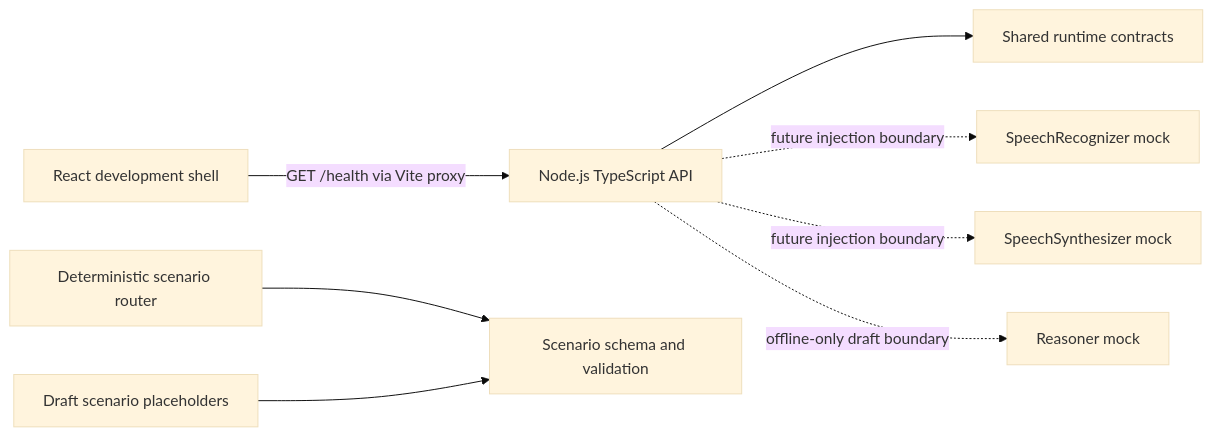
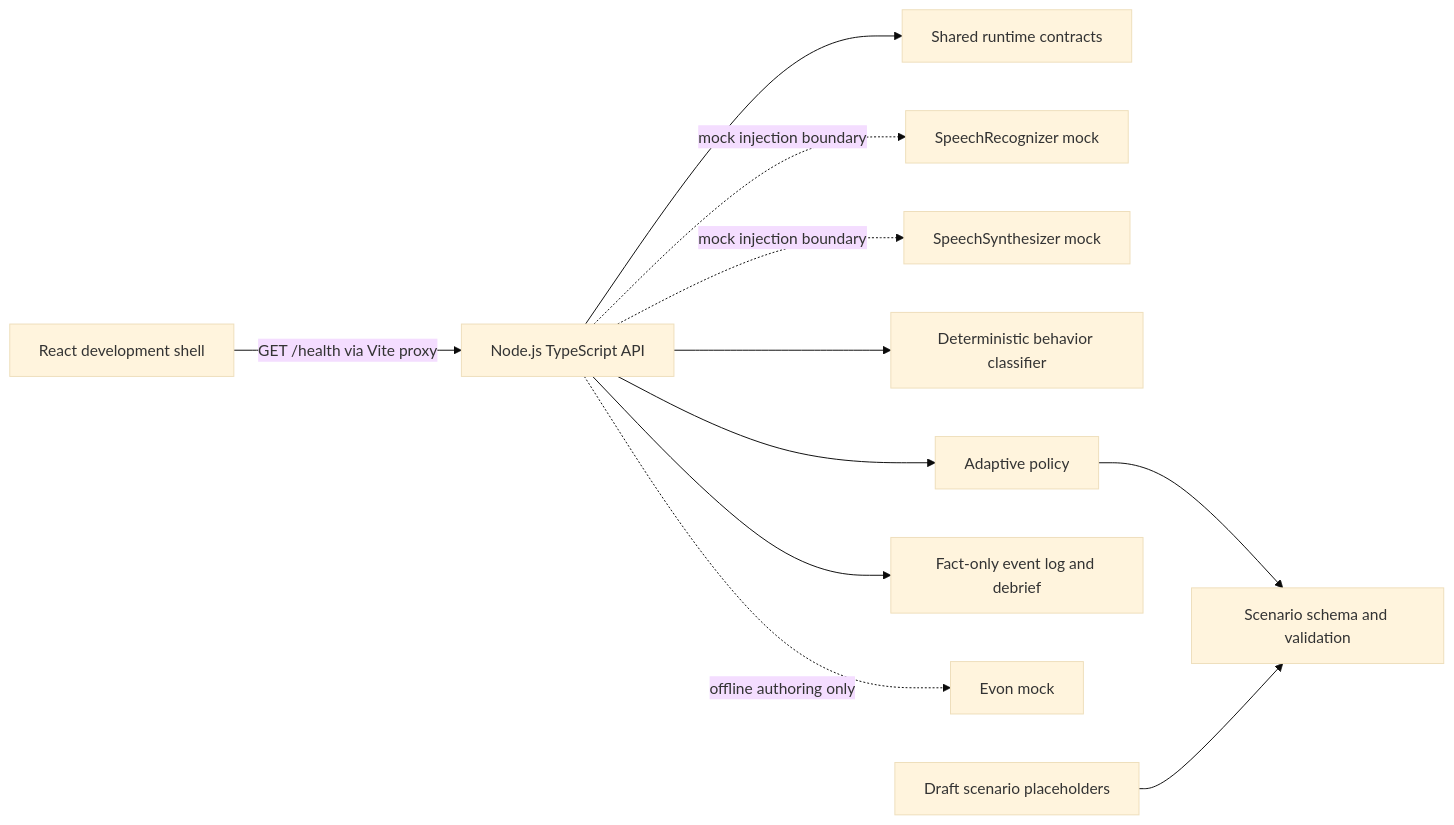
The diagram in docs/architecture/system-overview.md (Pranav-Patil3666/vishing--vaccine), drawn with Mermaid (base theme) before and after one commit. The commit also changed other lines of this file and 44 other files, not shown here.

````diff
--- a/docs/architecture/system-overview.md
+++ b/docs/architecture/system-overview.md
@@ -5,10 +5,13 @@
 ```mermaid
 flowchart LR
   Web[React development shell] -->|GET /health via Vite proxy| API[Node.js TypeScript API]
   API --> Contracts[Shared runtime contracts]
-  API -. future injection boundary .-> Recognizer[SpeechRecognizer mock]
-  API -. future injection boundary .-> Synthesizer[SpeechSynthesizer mock]
-  API -. offline-only draft boundary .-> Reasoner[Reasoner mock]
-  Router[Deterministic scenario router] --> Schema[Scenario schema and validation]
+  API -. mock injection boundary .-> Recognizer[SpeechRecognizer mock]
+  API -. mock injection boundary .-> Synthesizer[SpeechSynthesizer mock]
+  API --> Classifier[Deterministic behavior classifier]
+  API --> Policy[Adaptive policy]
+  Policy --> Schema[Scenario schema and validation]
+  API --> Events[Fact-only event log and debrief]
+  API -. offline authoring only .-> Reasoner[Evon mock]
   Content[Draft scenario placeholders] --> Schema
 ```
````
